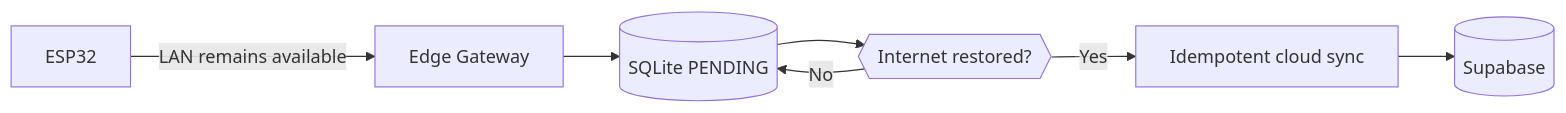
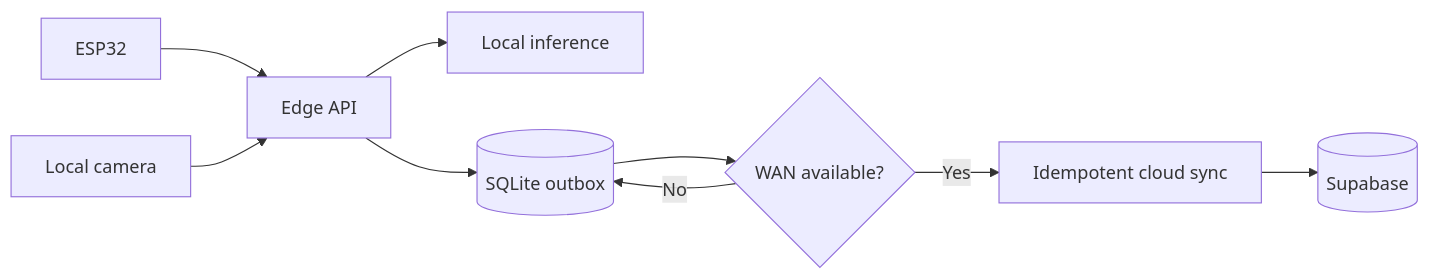
The eighth of 8 diagrams in DOCUMENTATION/02_SYSTEM_ARCHITECTURE.md (Vortex-ParthAjmera/Smart-Waste-Ecosystem), drawn with Mermaid before and after one commit. The commit also changed other lines of this file and 25 other files, not shown here.

````diff
--- a/DOCUMENTATION/02_SYSTEM_ARCHITECTURE.md
+++ b/DOCUMENTATION/02_SYSTEM_ARCHITECTURE.md
@@ -284,10 +365,12 @@
 ```mermaid
 flowchart LR
-    ESP[ESP32] -->|LAN remains available| Edge[Edge Gateway]
-    Edge --> Queue[(SQLite PENDING)]
-    Internet{{Internet restored?}}
-    Queue --> Internet
-    Internet -->|No| Queue
-    Internet -->|Yes| Sync[Idempotent cloud sync]
+    ESP[ESP32] --> Edge[Edge API]
+    Camera[Local camera] --> Edge
+    Edge --> ML[Local inference]
+    Edge --> Queue[(SQLite outbox)]
+    WAN{WAN available?}
+    Queue --> WAN
+    WAN -->|No| Queue
+    WAN -->|Yes| Sync[Idempotent cloud sync]
     Sync --> Cloud[(Supabase)]
 ```
````
